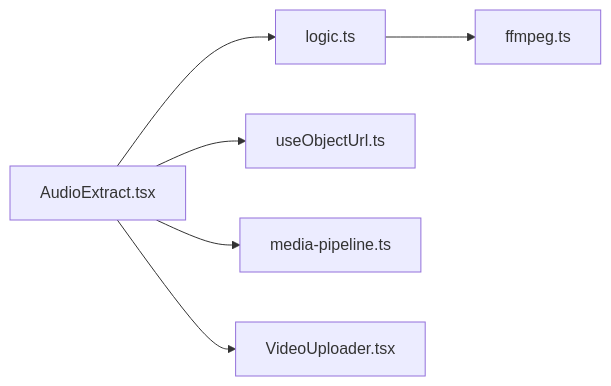
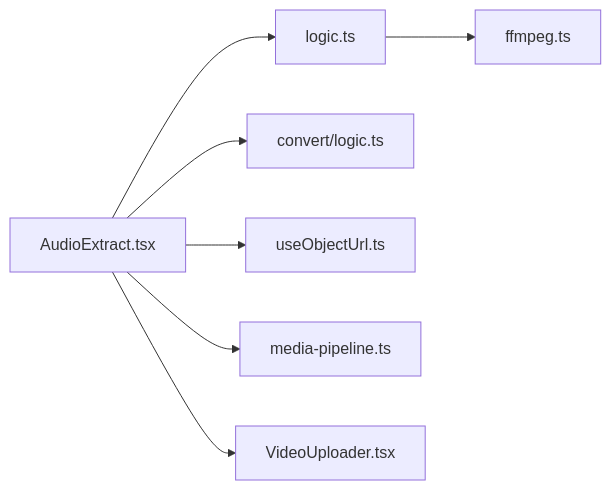
One commit to sgyy/privadeck changed the fifth of 5 diagrams in .qoder/repowiki/zh/content/音频工具/音频提取.md. Above: the diagram before and after it, drawn with Mermaid. The commit also changed other lines of this file and 48 other files, not shown here.

````diff
--- a/.qoder/repowiki/zh/content/音频工具/音频提取.md
+++ b/.qoder/repowiki/zh/content/音频工具/音频提取.md
@@ -212,8 +366,9 @@
 ```mermaid
 graph LR
 UI["AudioExtract.tsx"] --> LOGIC["logic.ts"]
+UI --> CO["convert/logic.ts"]
 UI --> OBJ["useObjectUrl.ts"]
 LOGIC --> FFMPEG["ffmpeg.ts"]
 UI --> PIPE["media-pipeline.ts"]
 UI --> VU["VideoUploader.tsx"]
 ```
````
